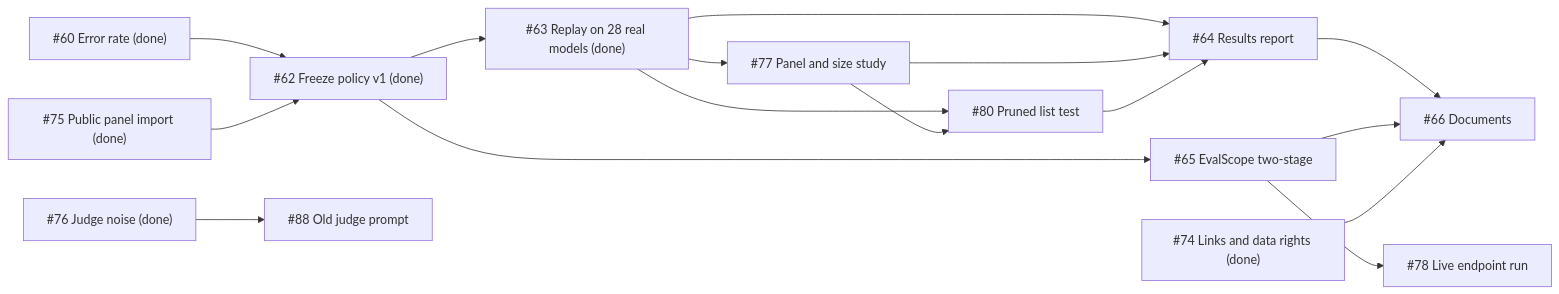
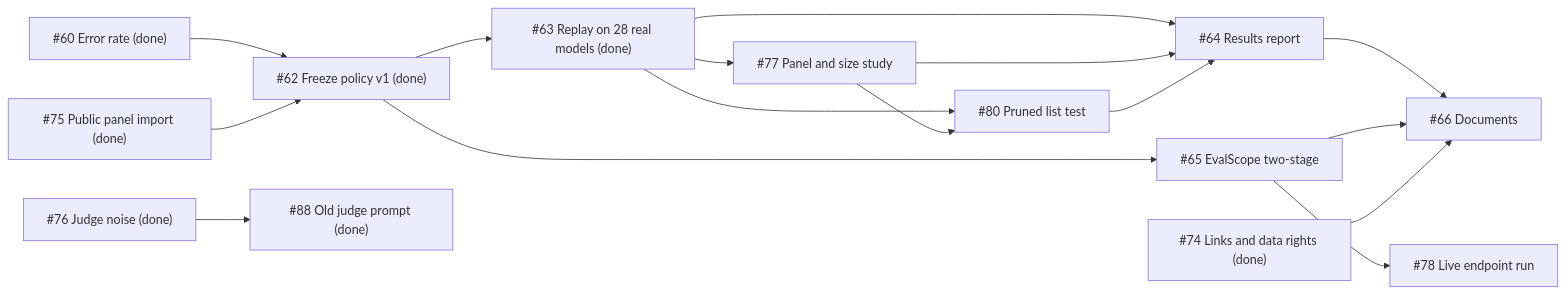
The third of 3 diagrams in README.md (sdv1708/ai-model-benchmark), drawn with Mermaid before and after one commit. The commit also changed other lines of this file and 22 other files, not shown here.

First line of the commit message:
Add the one-word judge prompt and its comparison report (#88) (#89)

````diff
--- a/README.md
+++ b/README.md
@@ -709,18 +709,18 @@
 ```mermaid
 flowchart LR
     I60["#60 Error rate (done)"] --> I62["#62 Freeze policy v1 (done)"]
     I75["#75 Public panel import (done)"] --> I62
     I62 --> I63["#63 Replay on 28 real models (done)"]
     I62 --> I65["#65 EvalScope two-stage"]
     I63 --> I77["#77 Panel and size study"]
     I63 --> I80["#80 Pruned list test"]
     I77 --> I80
     I65 --> I78["#78 Live endpoint run"]
     I63 --> I64["#64 Results report"]
     I77 --> I64
     I80 --> I64
     I64 --> I66["#66 Documents"]
     I65 --> I66
     I74["#74 Links and data rights (done)"] --> I66
-    I76["#76 Judge noise (done)"] --> I88["#88 Old judge prompt"]
+    I76["#76 Judge noise (done)"] --> I88["#88 Old judge prompt (done)"]
 ```
````
